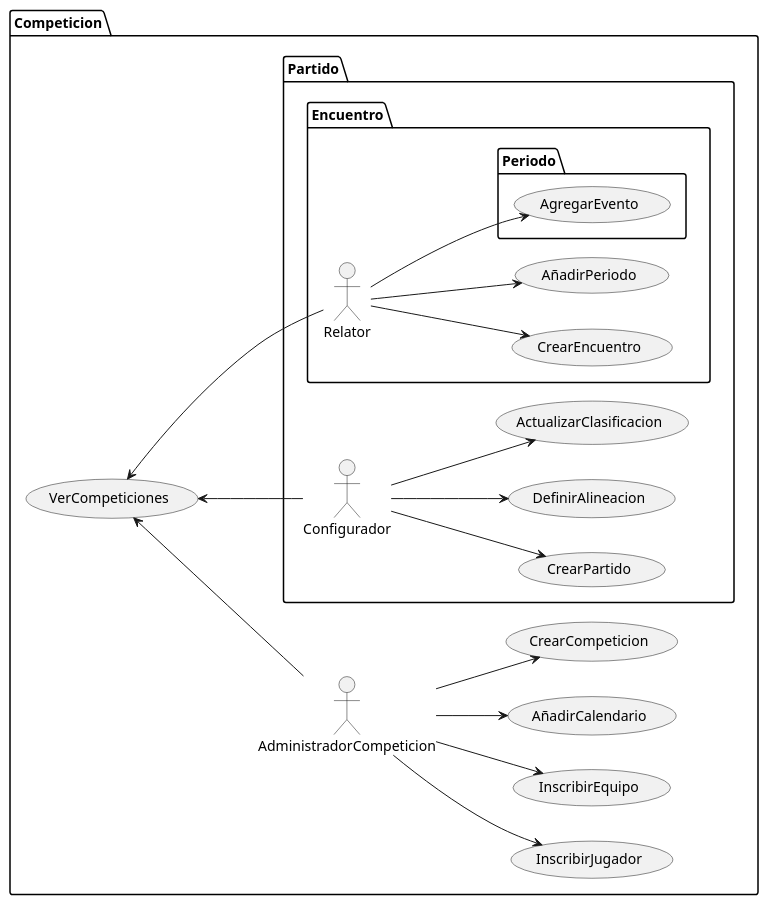
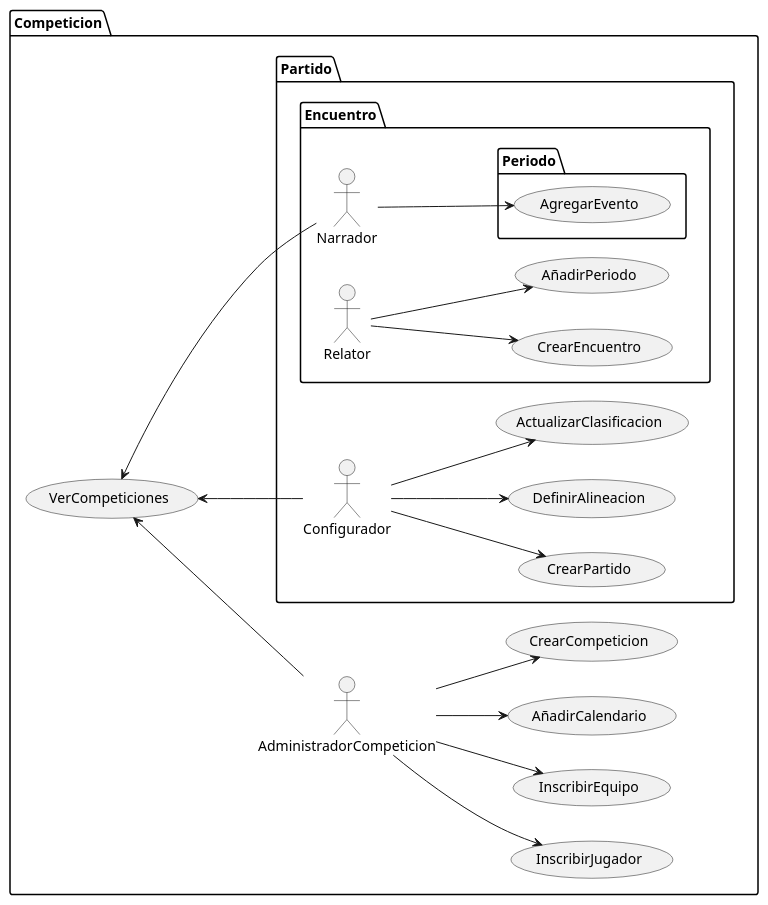
One commit to mmasias/IdSw1-22-23 changed the diagram in actividades/002-appFutbol/RuizJavier/CódigosUML/CasosDeUso.puml. Above: the diagram before and after it, drawn with PlantUML.

```diff
--- a/actividades/002-appFutbol/RuizJavier/CódigosUML/CasosDeUso.puml
+++ b/actividades/002-appFutbol/RuizJavier/CódigosUML/CasosDeUso.puml
@@ -1,58 +1,58 @@
 @startuml
 left to right direction
 
 package Competicion {
 
 	package Partido {
 
 		actor Configurador
 
 		usecase CrearPartido
 		usecase DefinirAlineacion
 		usecase ActualizarClasificacion
 
 		Configurador --> CrearPartido
 		Configurador --> DefinirAlineacion
 		Configurador --> ActualizarClasificacion
 
 
 		package Encuentro {
 
-			actor Relator
+			actor Narrador
 			usecase CrearEncuentro
 			usecase AñadirPeriodo
 
 			Relator --> CrearEncuentro
 			Relator --> AñadirPeriodo
 
 			package Periodo {
 		
 				useCase AgregarEvento
 
-				Relator --> AgregarEvento
+				Narrador --> AgregarEvento
 			}
 		}
 	}
 
 	actor AdministradorCompeticion   
 
 	usecase InscribirJugador
 	usecase InscribirEquipo
     usecase AñadirCalendario
     usecase CrearCompeticion
  
 	AdministradorCompeticion   --> InscribirEquipo
 	AdministradorCompeticion   --> InscribirJugador
     AdministradorCompeticion   --> AñadirCalendario
     AdministradorCompeticion   --> CrearCompeticion
 
     usecase VerCompeticiones
 
 	AdministradorCompeticion   -u-> VerCompeticiones
 	Configurador -u-> VerCompeticiones
-	Relator -u-> VerCompeticiones
+	Narrador -u-> VerCompeticiones
 
 }	
 
 
 @enduml
```
